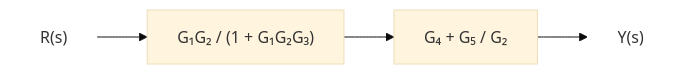
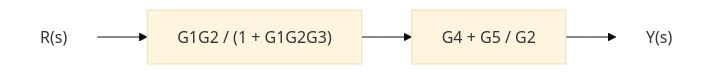
Before and after one commit to Choroning/25Fall_Neural-Network-Control-Systems: diagram 15 of 15 in Lecture-Notes/Week05_Control-System-Modeling-II/Concepts_Lecture.ko.md, drawn with Mermaid (base theme). The commit also changed other lines of this file and 25 other files, not shown here.

````diff
--- a/Lecture-Notes/Week05_Control-System-Modeling-II/Concepts_Lecture.ko.md
+++ b/Lecture-Notes/Week05_Control-System-Modeling-II/Concepts_Lecture.ko.md
@@ -938,8 +940,8 @@
 ```mermaid
 flowchart LR
-  R["R(s)"] --> T["G₁G₂ / (1 + G₁G₂G₃)"]
-  T --> P["G₄ + G₅ / G₂"]
+  R["R(s)"] --> T["G1G2 / (1 + G1G2G3)"]
+  T --> P["G4 + G5 / G2"]
   P --> Y["Y(s)"]
   classDef sig fill:none,stroke:none;
   class R,Y sig;
 ```
````
